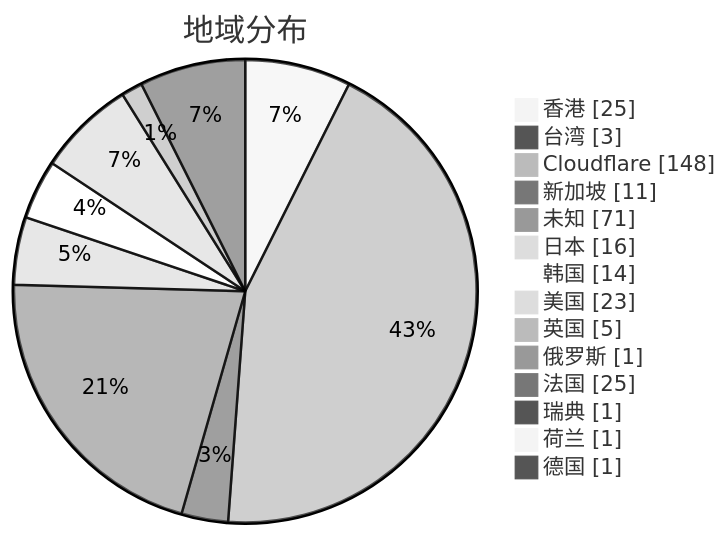
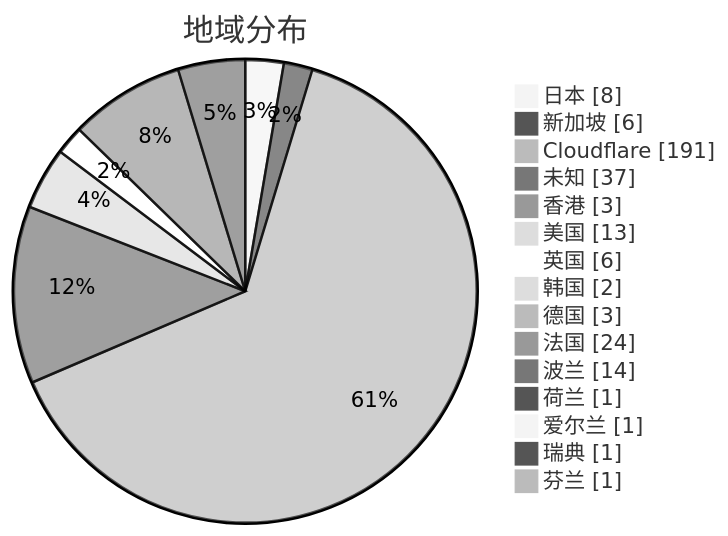
One commit to qjlxg/airport changed the second of 3 diagrams in subs/statistics/tested_within.md. Above: the diagram before and after it, drawn with Mermaid (neutral theme). The commit also changed other lines of this file and 2 other files, not shown here.

Commit message:
Tested by metaST

````diff
--- a/subs/statistics/tested_within.md
+++ b/subs/statistics/tested_within.md
@@ -14,18 +14,19 @@
 ```mermaid
 pie showData
 title 地域分布
-"香港" : 25
-"台湾" : 3
-"Cloudflare" : 148
-"新加坡" : 11
-"未知" : 71
-"日本" : 16
-"韩国" : 14
-"美国" : 23
-"英国" : 5
-"俄罗斯" : 1
-"法国" : 25
+"日本" : 8
+"新加坡" : 6
+"Cloudflare" : 191
+"未知" : 37
+"香港" : 3
+"美国" : 13
+"英国" : 6
+"韩国" : 2
+"德国" : 3
+"法国" : 24
+"波兰" : 14
+"荷兰" : 1
+"爱尔兰" : 1
 "瑞典" : 1
-"荷兰" : 1
-"德国" : 1
+"芬兰" : 1
 ```
````
